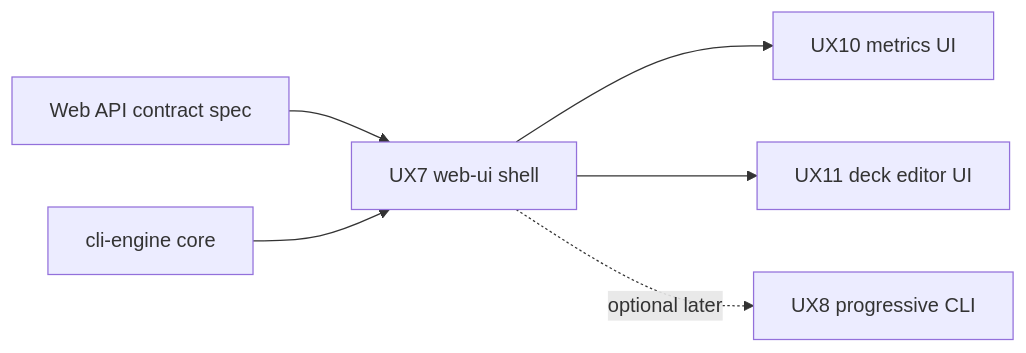
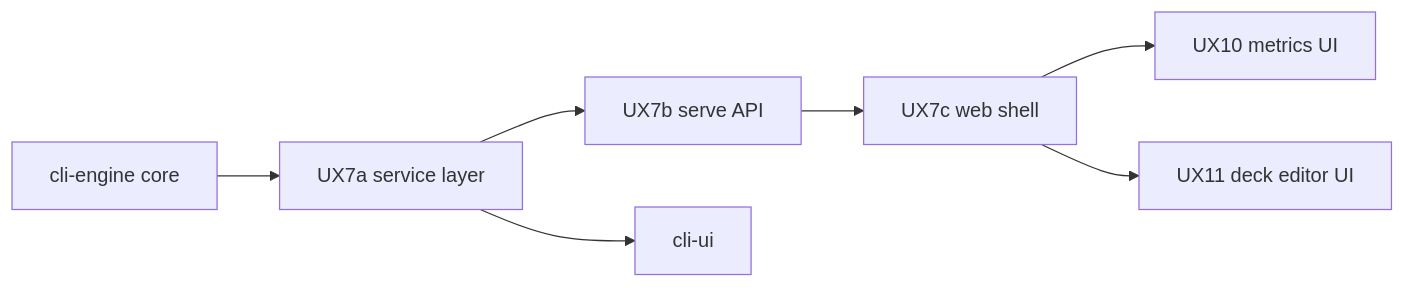
The diagram in docs/roadmap/active.md (danielhood/mtg-deck-tools), drawn with Mermaid before and after one commit. The commit also changed other lines of this file and 9 other files, not shown here.

First line of the commit message:
docs: plan cross-platform web UI with shared Python service layer (#43)

````diff
--- a/docs/roadmap/active.md
+++ b/docs/roadmap/active.md
@@ -32,15 +32,17 @@
 ```mermaid
 flowchart LR
-  UX7[UX7 web-ui shell]
-  API[Web API contract spec]
+  UX7a[UX7a service layer]
+  UX7b[UX7b serve API]
+  UX7c[UX7c web shell]
   CORE[cli-engine core]
+  CLI[cli-ui]
   UX10[UX10 metrics UI]
   UX11[UX11 deck editor UI]
-  UX8[UX8 progressive CLI]
 
-  API --> UX7
-  CORE --> UX7
-  UX7 --> UX10
-  UX7 --> UX11
-  UX7 -.->|optional later| UX8
+  CORE --> UX7a
+  UX7a --> UX7b
+  UX7a --> CLI
+  UX7b --> UX7c
+  UX7c --> UX10
+  UX7c --> UX11
 ```
````
